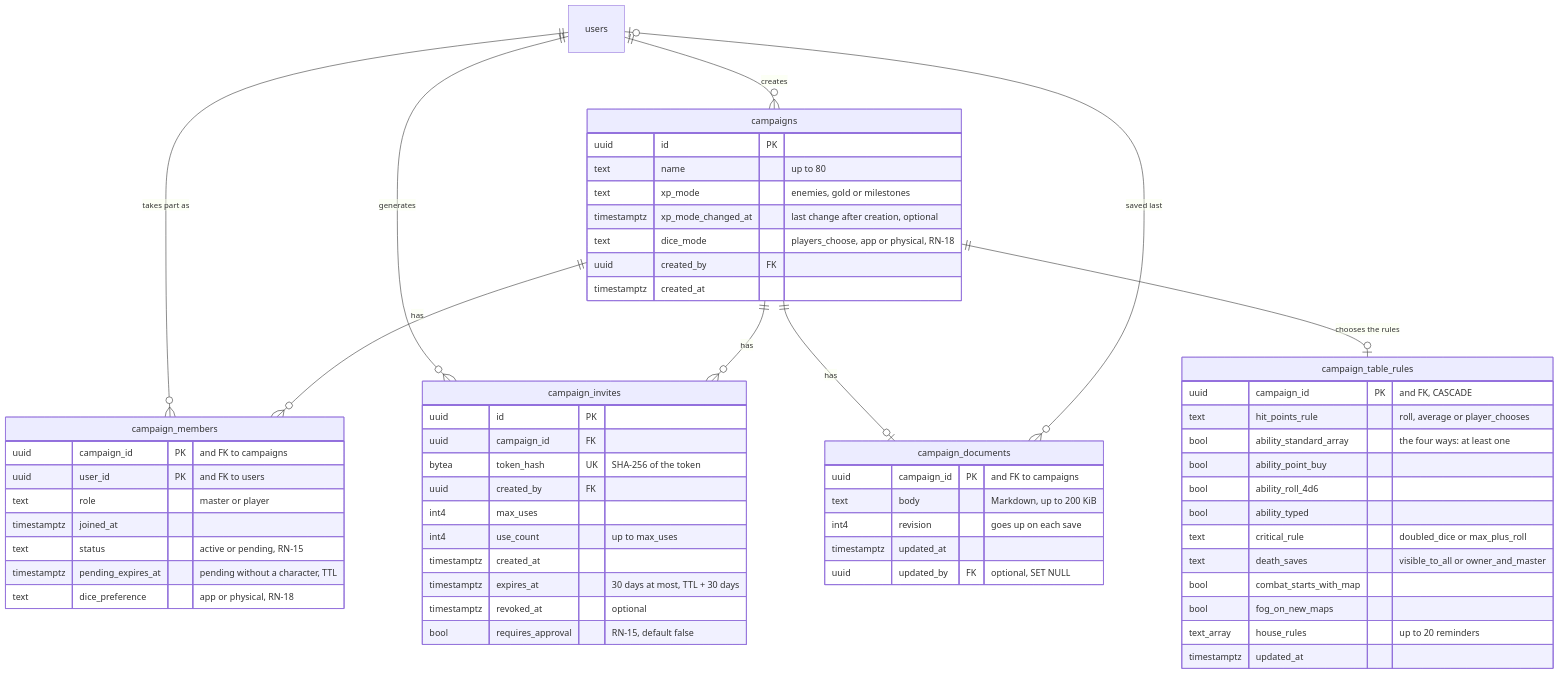
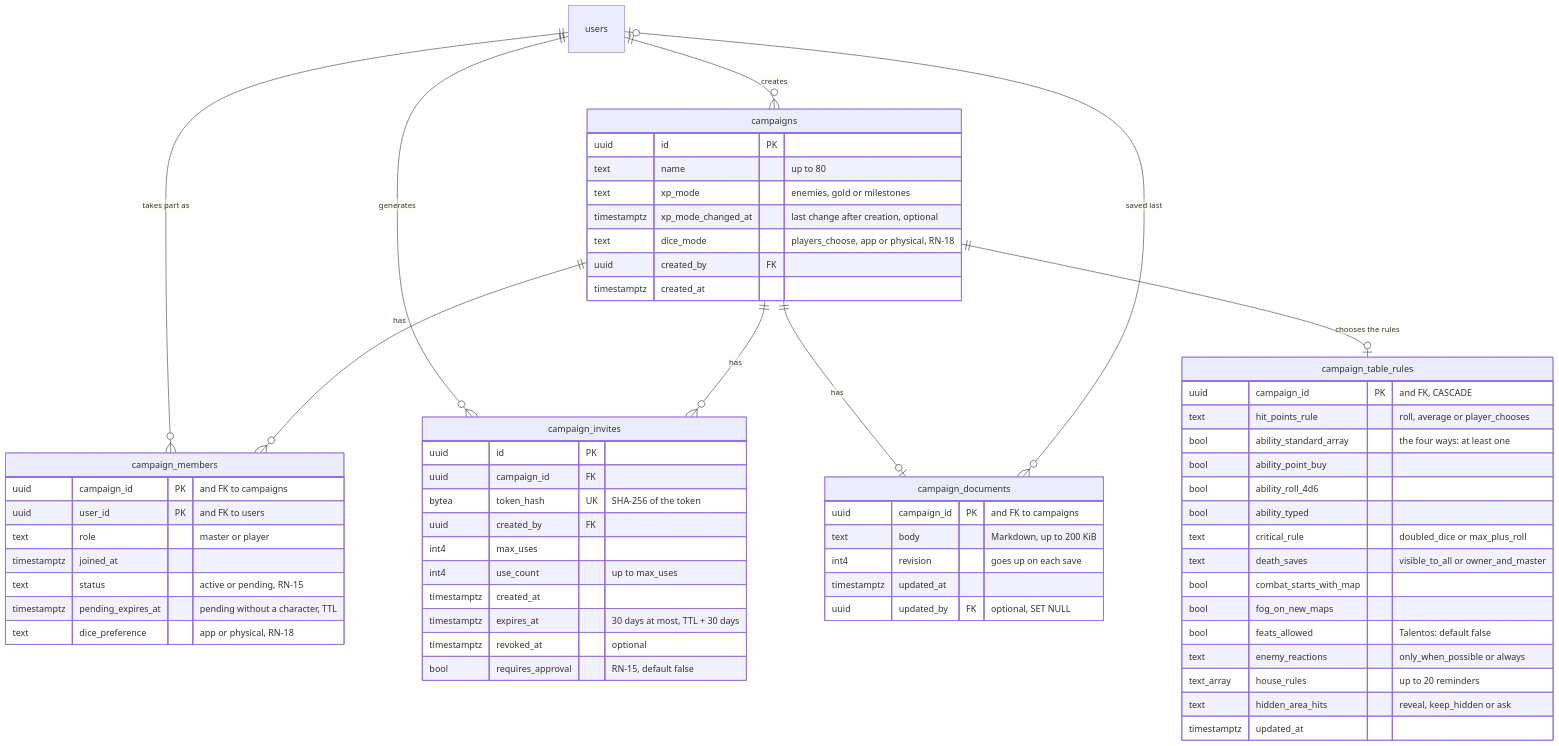
One commit to PuraFome/meuRPG changed the third of 7 diagrams in docs/data.md. Above: the diagram before and after it, drawn with Mermaid. The commit also changed other lines of this file and 908 other files, not shown here.

````diff
--- a/docs/data.md
+++ b/docs/data.md
@@ -185,67 +204,70 @@
 ```mermaid
 erDiagram
     campaigns {
         uuid id PK
         text name "up to 80"
         text xp_mode "enemies, gold or milestones"
         timestamptz xp_mode_changed_at "last change after creation, optional"
         text dice_mode "players_choose, app or physical, RN-18"
         uuid created_by FK
         timestamptz created_at
     }
 
     campaign_members {
         uuid campaign_id PK "and FK to campaigns"
         uuid user_id PK "and FK to users"
         text role "master or player"
         timestamptz joined_at
         text status "active or pending, RN-15"
         timestamptz pending_expires_at "pending without a character, TTL"
         text dice_preference "app or physical, RN-18"
     }
 
     campaign_invites {
         uuid id PK
         uuid campaign_id FK
         bytea token_hash UK "SHA-256 of the token"
         uuid created_by FK
         int4 max_uses
         int4 use_count "up to max_uses"
         timestamptz created_at
         timestamptz expires_at "30 days at most, TTL + 30 days"
         timestamptz revoked_at "optional"
         bool requires_approval "RN-15, default false"
     }
 
     campaign_documents {
         uuid campaign_id PK "and FK to campaigns"
         text body "Markdown, up to 200 KiB"
         int4 revision "goes up on each save"
         timestamptz updated_at
         uuid updated_by FK "optional, SET NULL"
     }
 
     campaign_table_rules {
         uuid campaign_id PK "and FK, CASCADE"
         text hit_points_rule "roll, average or player_chooses"
         bool ability_standard_array "the four ways: at least one"
         bool ability_point_buy
         bool ability_roll_4d6
         bool ability_typed
         text critical_rule "doubled_dice or max_plus_roll"
         text death_saves "visible_to_all or owner_and_master"
         bool combat_starts_with_map
         bool fog_on_new_maps
+        bool feats_allowed "Talentos: default false"
+        text enemy_reactions "only_when_possible or always"
         text_array house_rules "up to 20 reminders"
+        text hidden_area_hits "reveal, keep_hidden or ask"
         timestamptz updated_at
     }
 
     users ||--o{ campaigns : "creates"
     users ||--o{ campaign_members : "takes part as"
     users ||--o{ campaign_invites : "generates"
     campaigns ||--o{ campaign_members : "has"
     campaigns ||--o{ campaign_invites : "has"
     campaigns ||--o| campaign_documents : "has"
     users |o--o{ campaign_documents : "saved last"
     campaigns ||--o| campaign_table_rules : "chooses the rules"
 ```
````
